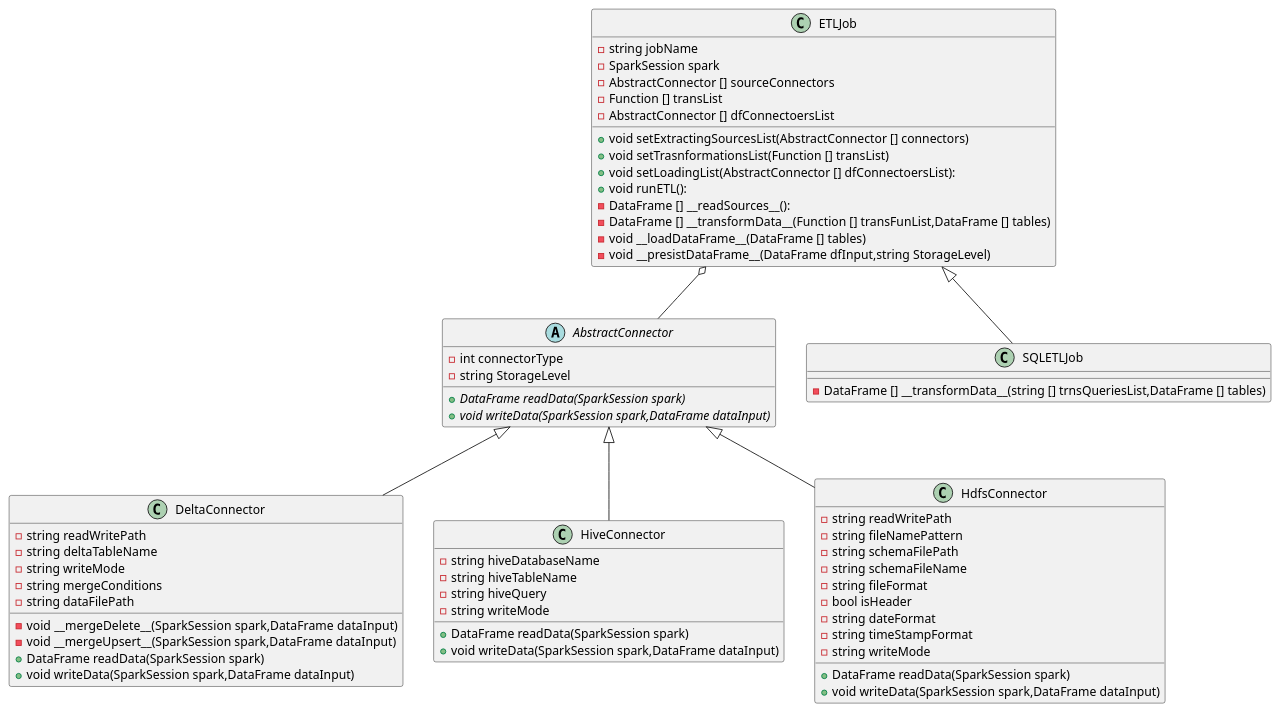
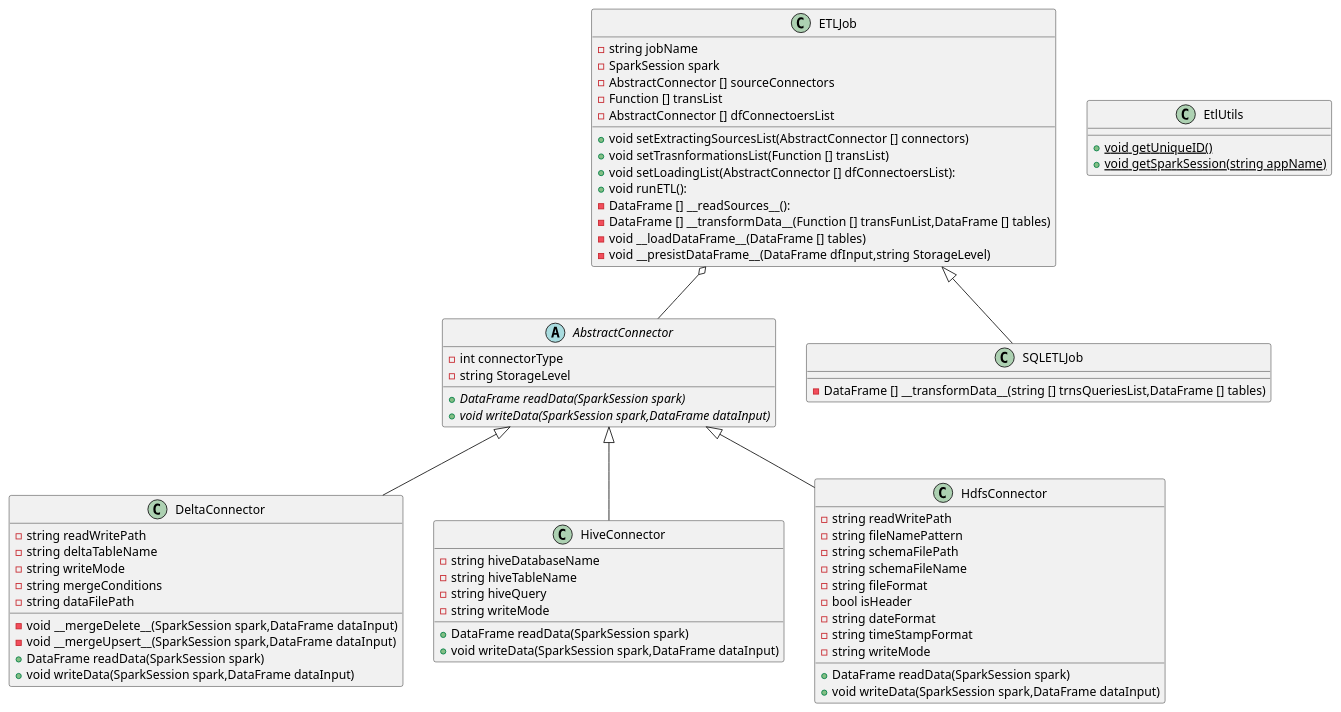
Before and after one commit to Tariq1981/BatchETLSparkFramework: the diagram in diagrams/sparkETL.puml, drawn with PlantUML.

Commit message:
Added ETLUtil

```diff
--- a/diagrams/sparkETL.puml
+++ b/diagrams/sparkETL.puml
@@ -1,69 +1,74 @@
 @startuml
 '!theme toy
 'https://plantuml.com/class-diagram
 
 abstract class AbstractConnector{
     -int connectorType
     -string StorageLevel
     +{abstract}DataFrame readData(SparkSession spark)
     +{abstract}void writeData(SparkSession spark,DataFrame dataInput)
 }
 class DeltaConnector{
     -string readWritePath
     -string deltaTableName
     -string writeMode
     -string mergeConditions
     -string dataFilePath
     -void  __mergeDelete__(SparkSession spark,DataFrame dataInput)
     -void __mergeUpsert__(SparkSession spark,DataFrame dataInput)
     +DataFrame readData(SparkSession spark)
     +void writeData(SparkSession spark,DataFrame dataInput)
 }
 class HiveConnector{
     -string hiveDatabaseName
     -string hiveTableName
     -string hiveQuery
     -string writeMode
     +DataFrame readData(SparkSession spark)
     +void writeData(SparkSession spark,DataFrame dataInput)
 }
 class HdfsConnector{
     -string readWritePath
     -string fileNamePattern
     -string schemaFilePath
     -string schemaFileName
     -string fileFormat
     -bool isHeader
     -string dateFormat
     -string timeStampFormat
     -string writeMode
     +DataFrame readData(SparkSession spark)
     +void writeData(SparkSession spark,DataFrame dataInput)
 }
 AbstractConnector <|-- DeltaConnector
 AbstractConnector <|-- HiveConnector
 AbstractConnector <|-- HdfsConnector
 
 class ETLJob {
     -string jobName
     -SparkSession spark
     -AbstractConnector [] sourceConnectors
     -Function [] transList
     -AbstractConnector [] dfConnectoersList
     +void setExtractingSourcesList(AbstractConnector [] connectors)
     +void setTrasnformationsList(Function [] transList)
     +void setLoadingList(AbstractConnector [] dfConnectoersList):
     +void runETL():
     -DataFrame [] __readSources__():
     -DataFrame [] __transformData__(Function [] transFunList,DataFrame [] tables)
     -void __loadDataFrame__(DataFrame [] tables)
     -void __presistDataFrame__(DataFrame dfInput,string StorageLevel)
 }
 
 class SQLETLJob{
     -DataFrame [] __transformData__(string [] trnsQueriesList,DataFrame [] tables)
 }
 
 ETLJob <|-- SQLETLJob
 ETLJob o-- AbstractConnector
+
+class EtlUtils{
+    +{static} void getUniqueID()
+    +{static} void getSparkSession(string appName)
+}
 @enduml
```
